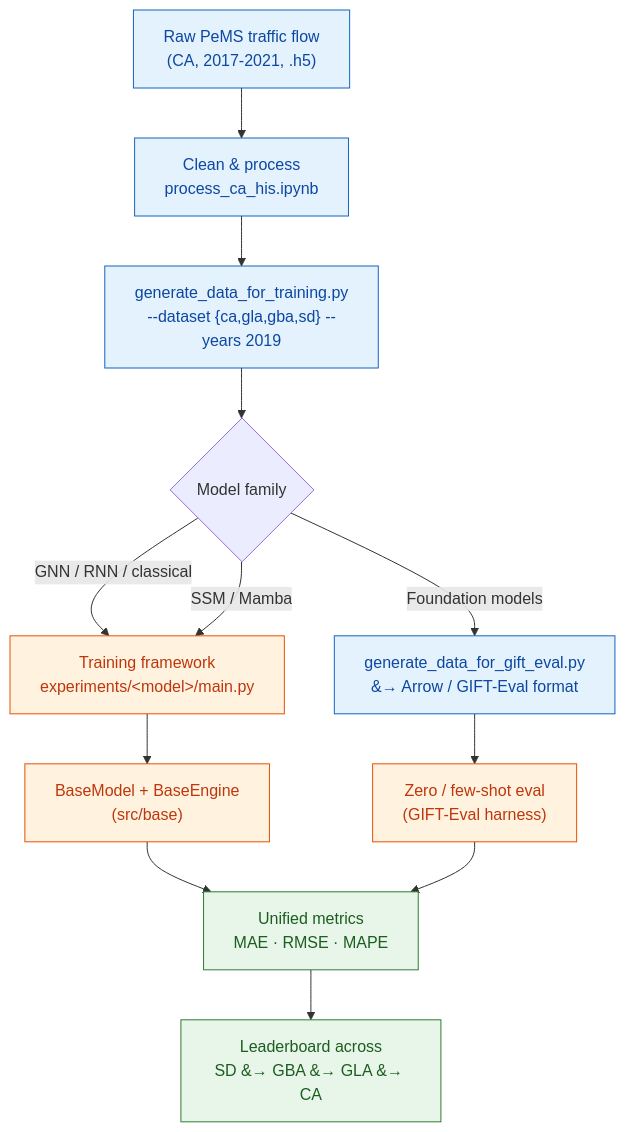
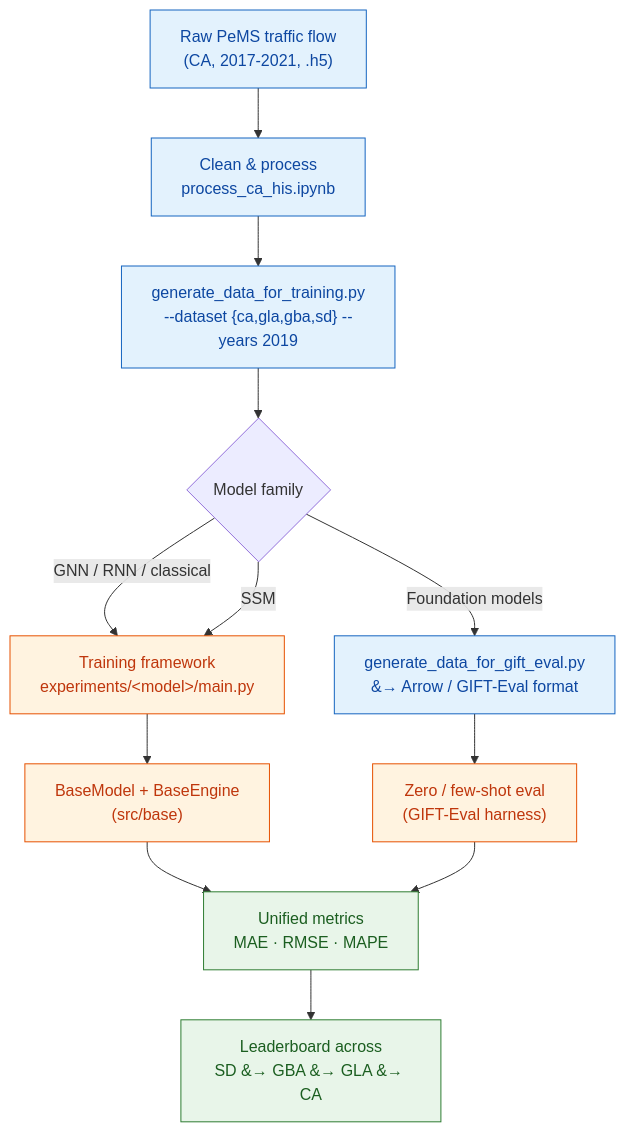
One commit to tliao730/Traffic_Forecast_Benchmark changed the first of 2 diagrams in README.md. Above: the diagram before and after it, drawn with Mermaid. The commit also changed other lines of this file, not shown here.

````diff
--- a/README.md
+++ b/README.md
@@ -38,24 +38,24 @@
 ```mermaid
 flowchart TD
     A["Raw PeMS traffic flow<br/>(CA, 2017-2021, .h5)"] --> B["Clean &amp; process<br/>process_ca_his.ipynb"]
     B --> C["generate_data_for_training.py<br/>--dataset {ca,gla,gba,sd} --years 2019"]
     C --> D{"Model family"}
 
     D -->|"GNN / RNN / classical"| E["Training framework<br/>experiments/&lt;model&gt;/main.py"]
     D -->|"Foundation models"| F["generate_data_for_gift_eval.py<br/>&#8594; Arrow / GIFT-Eval format"]
-    D -->|"SSM / Mamba"| E
+    D -->|"SSM"| E
 
     E --> G["BaseModel + BaseEngine<br/>(src/base)"]
     F --> H["Zero / few-shot eval<br/>(GIFT-Eval harness)"]
 
     G --> I["Unified metrics<br/>MAE · RMSE · MAPE"]
     H --> I
     I --> J["Leaderboard across<br/>SD &#8594; GBA &#8594; GLA &#8594; CA"]
 
     classDef data fill:#e3f2fd,stroke:#1565c0,color:#0d47a1;
     classDef proc fill:#fff3e0,stroke:#e65100,color:#bf360c;
     classDef eval fill:#e8f5e9,stroke:#2e7d32,color:#1b5e20;
     class A,B,C,F data;
     class E,G,H proc;
     class I,J eval;
 ```
````
